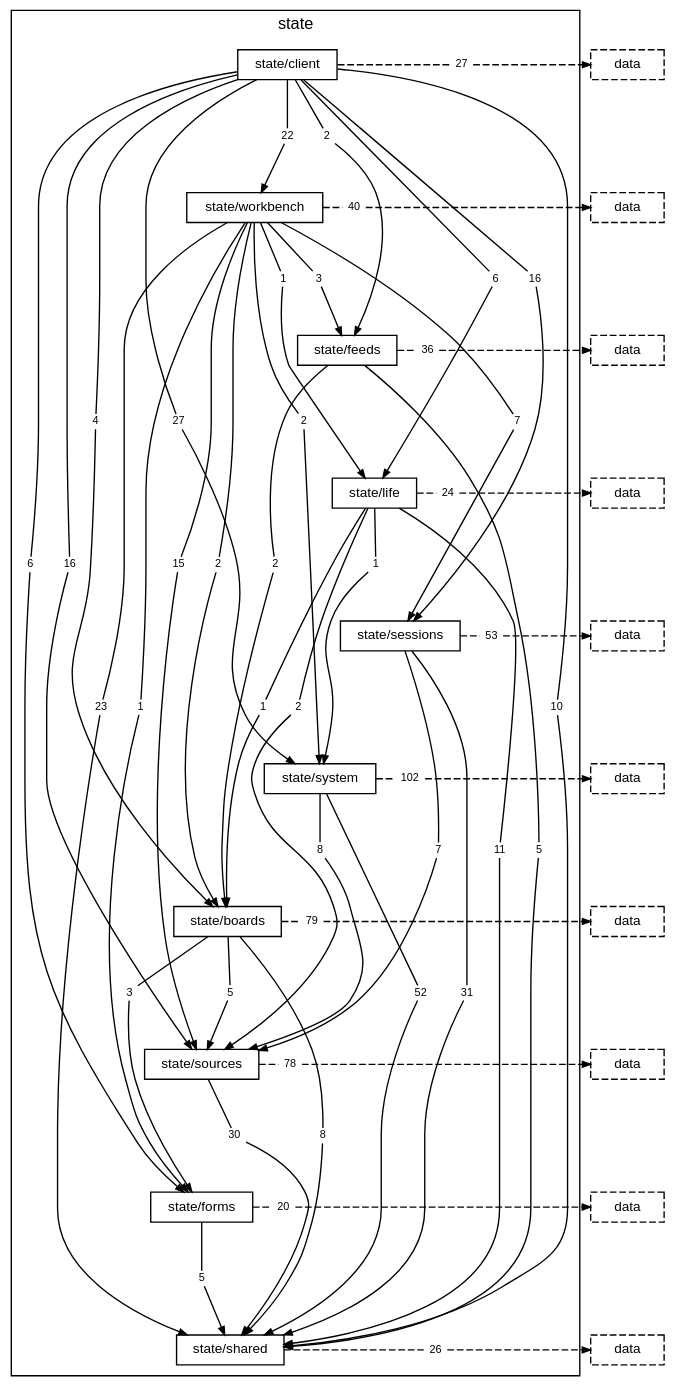
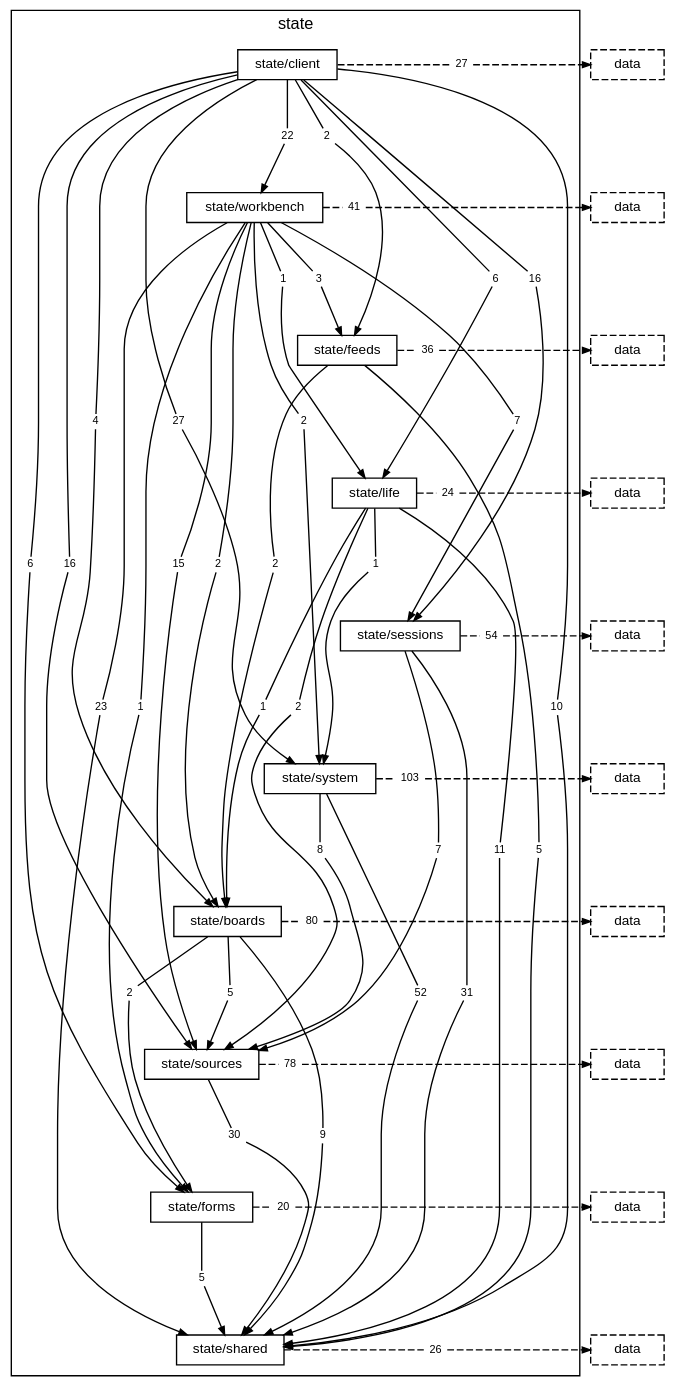
One commit to TheAxeC/oculus changed the diagram in docs/diagrams/layer-state.dot. Above: the diagram before and after it, drawn with Graphviz. The commit also changed 170 other files, not shown here.

```diff
--- a/docs/diagrams/layer-state.dot
+++ b/docs/diagrams/layer-state.dot
@@ -32,7 +32,7 @@
         "folder state/workbench to folder state/shared" [label="23", shape=box, color="transparent", fontsize=8, width=0, height=0, margin="0.04,0.02"];
         "folder state/workbench to folder state/sources" [label="15", shape=box, color="transparent", fontsize=8, width=0, height=0, margin="0.04,0.02"];
         "folder state/workbench to folder state/system" [label="2", shape=box, color="transparent", fontsize=8, width=0, height=0, margin="0.04,0.02"];
-        "folder state/workbench to layer data" [label="40", shape=box, color="transparent", fontsize=8, width=0, height=0, margin="0.04,0.02"];
+        "folder state/workbench to layer data" [label="41", shape=box, color="transparent", fontsize=8, width=0, height=0, margin="0.04,0.02"];
         "folder state/feeds to folder state/boards" [label="2", shape=box, color="transparent", fontsize=8, width=0, height=0, margin="0.04,0.02"];
         "folder state/feeds to folder state/shared" [label="5", shape=box, color="transparent", fontsize=8, width=0, height=0, margin="0.04,0.02"];
         "folder state/feeds to layer data" [label="36", shape=box, color="transparent", fontsize=8, width=0, height=0, margin="0.04,0.02"];
@@ -43,14 +43,14 @@
         "folder state/life to layer data" [label="24", shape=box, color="transparent", fontsize=8, width=0, height=0, margin="0.04,0.02"];
         "folder state/sessions to folder state/shared" [label="31", shape=box, color="transparent", fontsize=8, width=0, height=0, margin="0.04,0.02"];
         "folder state/sessions to folder state/sources" [label="7", shape=box, color="transparent", fontsize=8, width=0, height=0, margin="0.04,0.02"];
-        "folder state/sessions to layer data" [label="53", shape=box, color="transparent", fontsize=8, width=0, height=0, margin="0.04,0.02"];
+        "folder state/sessions to layer data" [label="54", shape=box, color="transparent", fontsize=8, width=0, height=0, margin="0.04,0.02"];
         "folder state/system to folder state/shared" [label="52", shape=box, color="transparent", fontsize=8, width=0, height=0, margin="0.04,0.02"];
         "folder state/system to folder state/sources" [label="8", shape=box, color="transparent", fontsize=8, width=0, height=0, margin="0.04,0.02"];
-        "folder state/system to layer data" [label="102", shape=box, color="transparent", fontsize=8, width=0, height=0, margin="0.04,0.02"];
-        "folder state/boards to folder state/forms" [label="3", shape=box, color="transparent", fontsize=8, width=0, height=0, margin="0.04,0.02"];
-        "folder state/boards to folder state/shared" [label="8", shape=box, color="transparent", fontsize=8, width=0, height=0, margin="0.04,0.02"];
+        "folder state/system to layer data" [label="103", shape=box, color="transparent", fontsize=8, width=0, height=0, margin="0.04,0.02"];
+        "folder state/boards to folder state/forms" [label="2", shape=box, color="transparent", fontsize=8, width=0, height=0, margin="0.04,0.02"];
+        "folder state/boards to folder state/shared" [label="9", shape=box, color="transparent", fontsize=8, width=0, height=0, margin="0.04,0.02"];
         "folder state/boards to folder state/sources" [label="5", shape=box, color="transparent", fontsize=8, width=0, height=0, margin="0.04,0.02"];
-        "folder state/boards to layer data" [label="79", shape=box, color="transparent", fontsize=8, width=0, height=0, margin="0.04,0.02"];
+        "folder state/boards to layer data" [label="80", shape=box, color="transparent", fontsize=8, width=0, height=0, margin="0.04,0.02"];
         "folder state/sources to folder state/shared" [label="30", shape=box, color="transparent", fontsize=8, width=0, height=0, margin="0.04,0.02"];
         "folder state/sources to layer data" [label="78", shape=box, color="transparent", fontsize=8, width=0, height=0, margin="0.04,0.02"];
         "folder state/forms to folder state/shared" [label="5", shape=box, color="transparent", fontsize=8, width=0, height=0, margin="0.04,0.02"];
```
